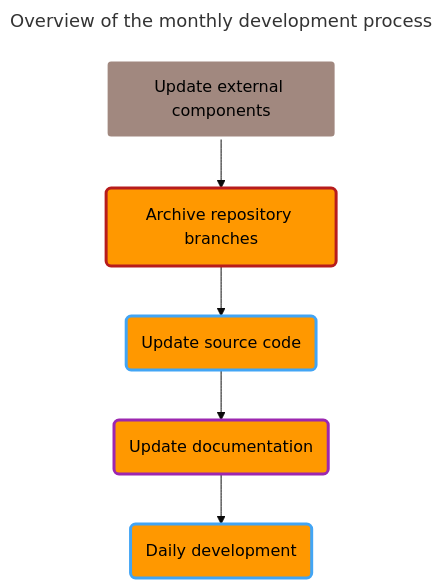
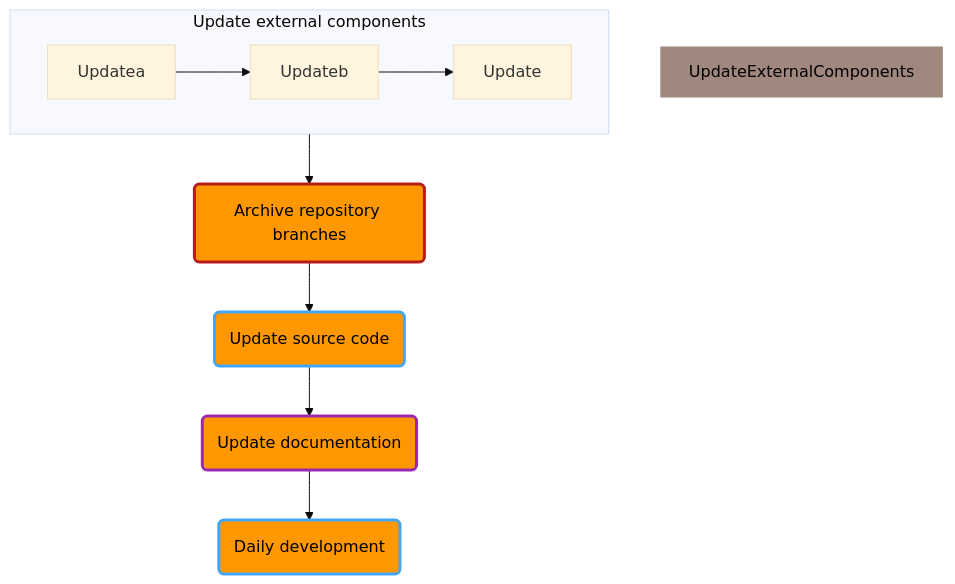
One commit to spectrum-health-systems/tingen-documentation changed the fourth of 5 diagrams in Development/Development-processes.md. Above: the diagram before and after it, drawn with Mermaid (base theme). The commit also changed other lines of this file and 1 other file, not shown here.

````diff
--- a/Development/Development-processes.md
+++ b/Development/Development-processes.md
@@ -129,20 +153,23 @@
 ```mermaid
----
-title: Overview of the monthly development process
----
 flowchart TB
   %% Components
-  UpdateExternalComponents@{shape: rounded, label: "Update external components"}
+  subgraph ExternalComponents[Update external components]
+    direction LR
+    %%UpdateExternalComponents@{shape: rounded, label: "Update external components"}
+    Updatea --> Updateb --> Update
+  end
+
   ArchiveBranches@{shape: rounded, label: "Archive repository branches"}
   UpdateSourceCode@{shape: rounded, label: "Update source code"}
   UpdateDocumentation@{shape: rounded, label: "Update documentation"}
   DailyDevelopment@{shape: rounded, label: "Daily development"}
   %% Layout
-  UpdateExternalComponents --> ArchiveBranches --> UpdateSourceCode --> UpdateDocumentation --> DailyDevelopment
+  ExternalComponents --> ArchiveBranches --> UpdateSourceCode --> UpdateDocumentation --> DailyDevelopment
+  %%UpdateExternalComponents --> Updatea
   %% Styles
   style UpdateExternalComponents color:#000,fill:#a1887f,stroke:#FFF,stroke-width:3px
   style ArchiveBranches color:#000,fill:#ff9800,stroke:#b71c1c,stroke-width:3px
   style UpdateSourceCode color:#000,fill:#ff9800,stroke:#42a5f5,stroke-width:3px
   style UpdateDocumentation color:#000,fill:#ff9800,stroke:#9c27b0,stroke-width:3px
   style DailyDevelopment color:#000,fill:#ff9800,stroke:#42a5f5,stroke-width:3px
 ```
````
